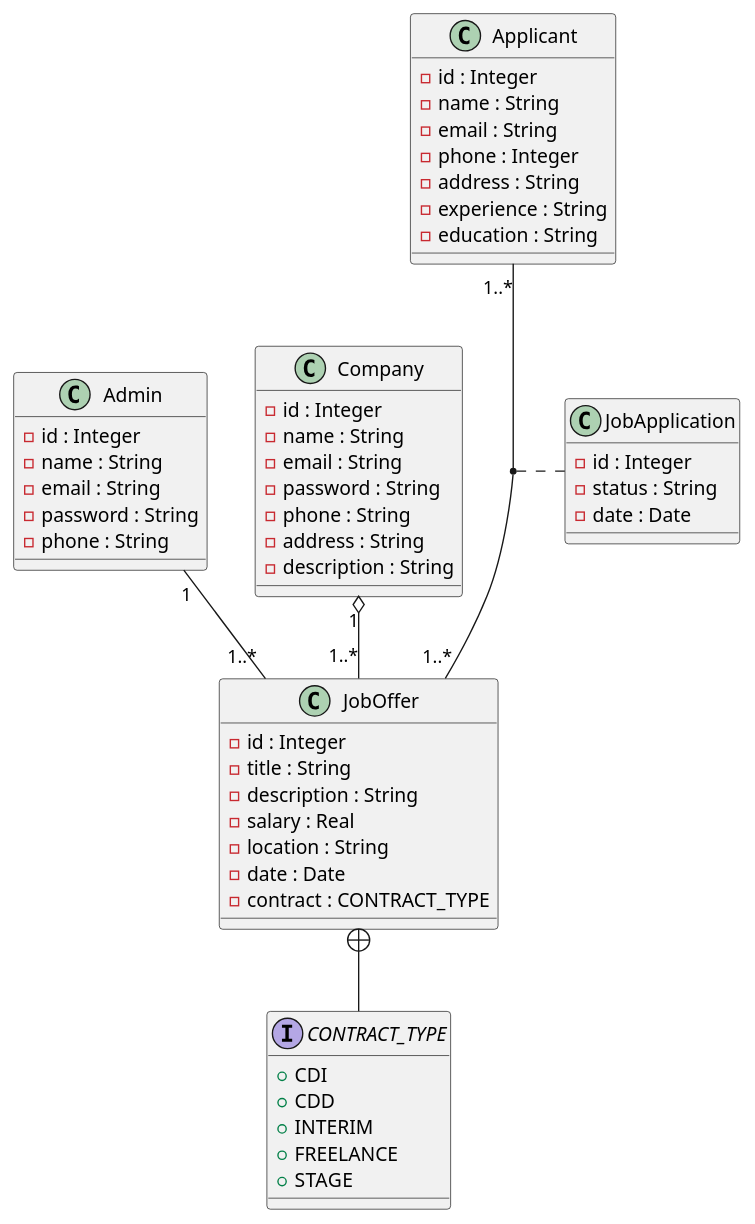
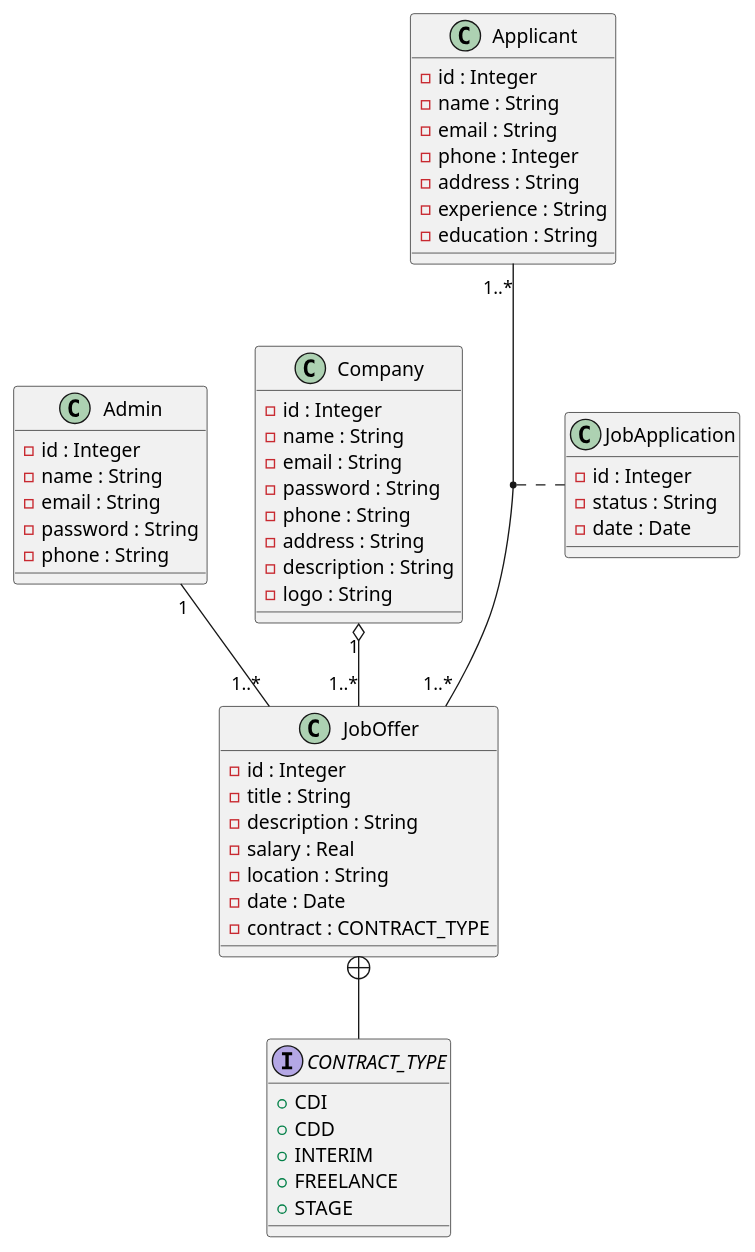
One commit to mrImad007/MyRh changed the diagram in UML/MyRh.puml. Above: the diagram before and after it, drawn with PlantUML. The commit also changed 4 other files, not shown here.

Commit message:
DTO : AdminDto && CompanyDto + CompanyRequest / Add logo field in Company Entity + class diagram

```diff
--- a/UML/MyRh.puml
+++ b/UML/MyRh.puml
@@ -1,61 +1,62 @@
 @startuml
 class Admin {
     -id : Integer
     -name : String
     -email : String
     -password : String
     -phone : String
     }
 
 class Applicant {
     -id : Integer
     -name : String
     -email : String
     -phone : Integer
     -address : String
     -experience : String
     -education : String
     }
 
 class JobOffer {
     -id : Integer
     -title : String
     -description : String
     -salary : Real
     -location : String
     -date : Date
     -contract : CONTRACT_TYPE
     }
 
 class Company{
     -id : Integer
     -name : String
     -email : String
     -password : String
     -phone : String
     -address : String
     -description : String
+    -logo : String
     }
 class JobApplication{
     -id : Integer
     -status : String
     -date : Date
     }
 
 interface CONTRACT_TYPE{
     +CDI
     +CDD
     +INTERIM
     +FREELANCE
     +STAGE
     }
 
 
 
 Company  "1" o-- "1..*" JobOffer
 Admin  "1" -- "1..*" JobOffer
 JobOffer +-- CONTRACT_TYPE
 Applicant "1..*" -- "1..*" JobOffer
 (JobOffer, Applicant) .. JobApplication
 
 @enduml
```
